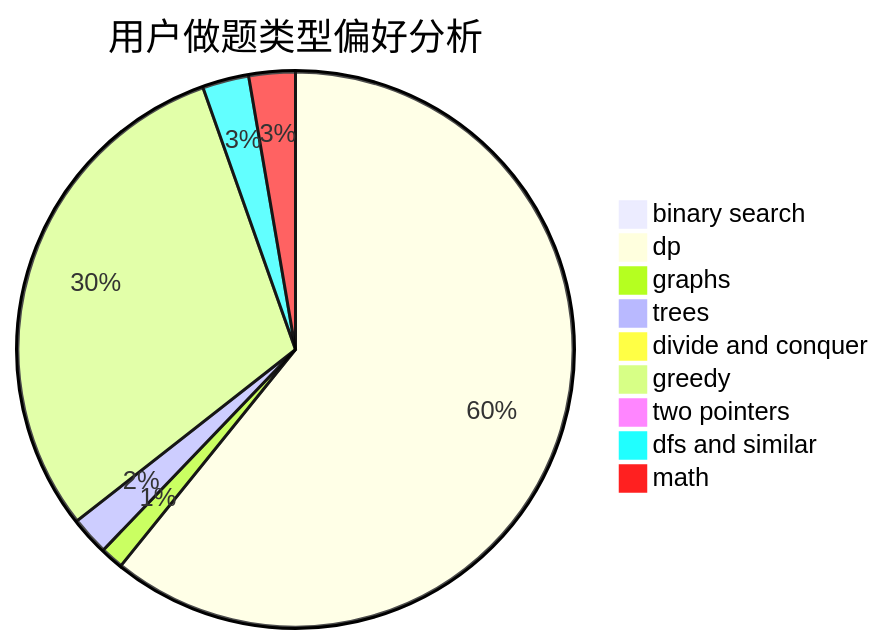
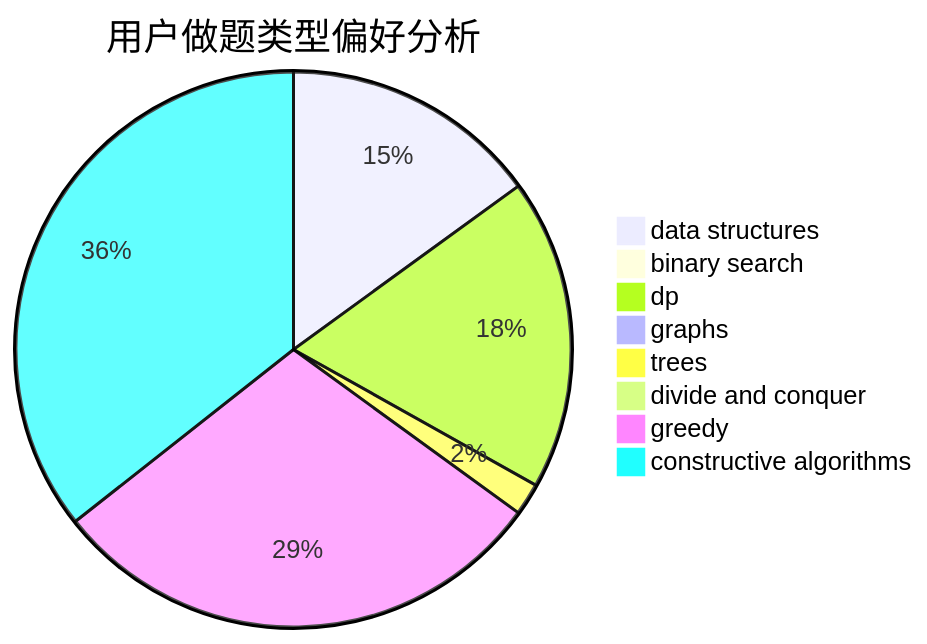
The second of 3 diagrams in docs/user/u2520.md (sherpahu/cfrs.github.io), drawn with Mermaid before and after one commit. The commit also changed other lines of this file and 2775 other files, not shown here.

````diff
--- a/docs/user/u2520.md
+++ b/docs/user/u2520.md
@@ -23,12 +23,11 @@
 ```mermaid
 pie title 用户做题类型偏好分析
+    "data structures" :  24
     "binary search" :  0
-    "dp" :  135
-    "graphs" :  3
-    "trees" :  5
-    "divide and conquer" :  2
-    "greedy" :  67
-    "two pointers" :  0
-    "dfs and similar" :  6
-    "math" :  6
+    "dp" :  29
+    "graphs" :  0
+    "trees" :  3
+    "divide and conquer" :  0
+    "greedy" :  47
+    "constructive algorithms" :  57
 ```
````
